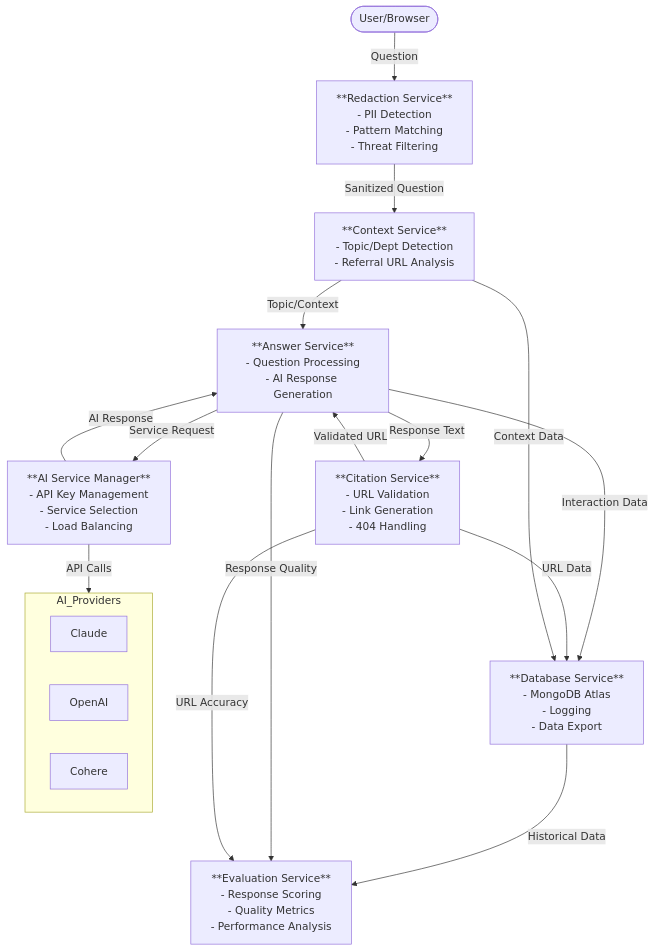
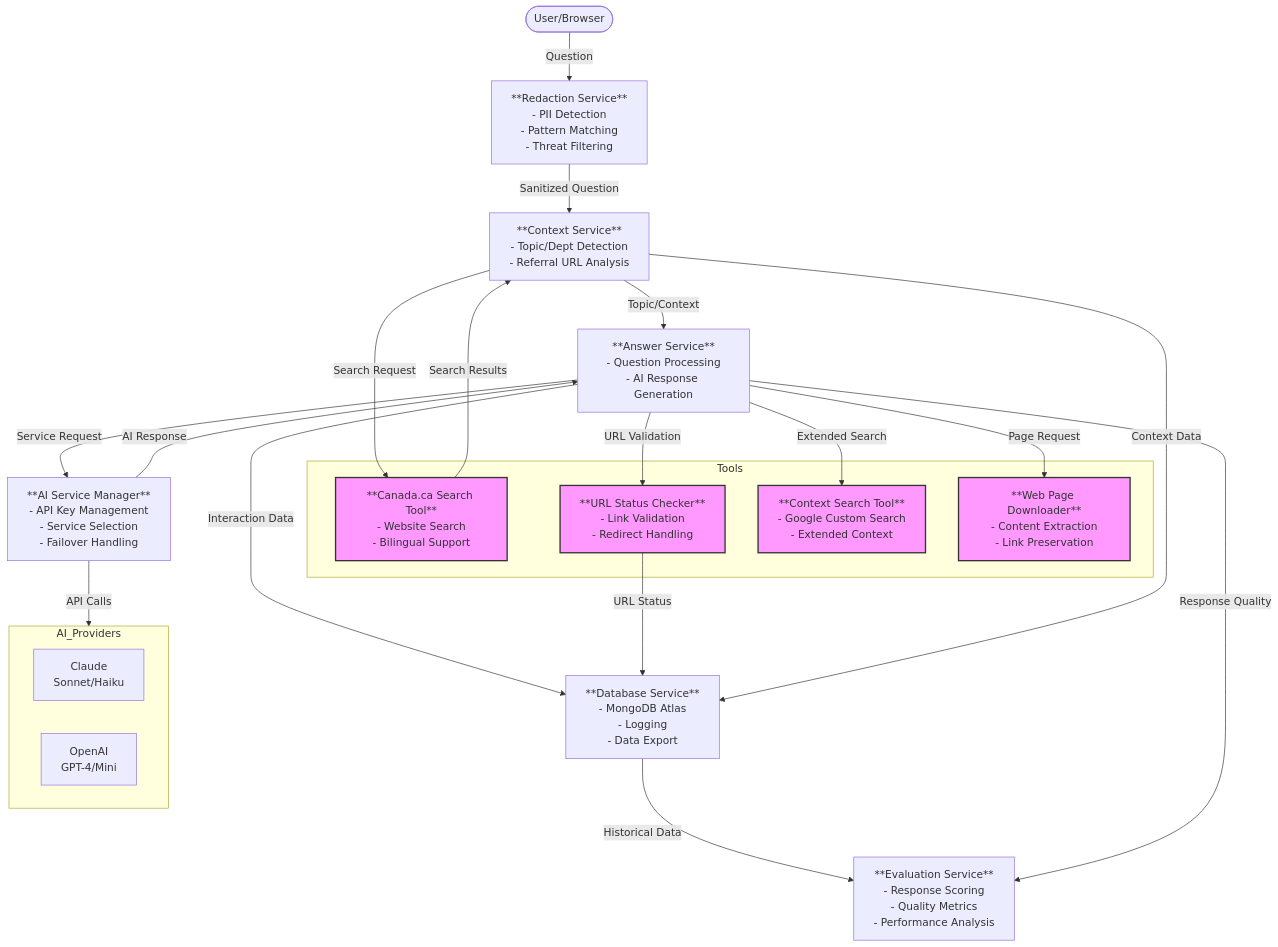
Before and after one commit to ryanhyma/react-answers: the diagram in README.md, drawn with Mermaid. The commit also changed other lines of this file, not shown here.

First line of the commit message:
update readme to reflect tools

````diff
--- a/README.md
+++ b/README.md
@@ -171,35 +165,48 @@
 ```mermaid
 flowchart TB
     User(["User/Browser"])
     Redaction["**Redaction Service**<br>- PII Detection<br>- Pattern Matching<br>- Threat Filtering"]
     Context["**Context Service**<br>- Topic/Dept Detection<br>- Referral URL Analysis"]
     Answer["**Answer Service**<br>- Question Processing<br>- AI Response Generation"]
-    AIManager["**AI Service Manager**<br>- API Key Management<br>- Service Selection<br>- Load Balancing"]
-    Citation["**Citation Service**<br>- URL Validation<br>- Link Generation<br>- 404 Handling"]
+    AIManager["**AI Service Manager**<br>- API Key Management<br>- Service Selection<br>- Failover Handling"]
     DB["**Database Service**<br>- MongoDB Atlas<br>- Logging<br>- Data Export"]
     Eval["**Evaluation Service**<br>- Response Scoring<br>- Quality Metrics<br>- Performance Analysis"]
 
+    subgraph Tools
+        SearchTool["**Canada.ca Search Tool**<br>- Website Search<br>- Bilingual Support"]
+        URLChecker["**URL Status Checker**<br>- Link Validation<br>- Redirect Handling"]
+        ContextSearch["**Context Search Tool**<br>- Google Custom Search<br>- Extended Context"]
+        PageDownloader["**Web Page Downloader**<br>- Content Extraction<br>- Link Preservation"]
+    end
+    
     User -->|Question| Redaction
     Redaction -->|Sanitized Question| Context
+    
+    Context -->|Search Request| SearchTool
+    SearchTool -->|Search Results| Context
     Context -->|Topic/Context| Answer
+    
     Answer -->|Service Request| AIManager
+    Answer -->|URL Validation| URLChecker
+    Answer -->|Page Request| PageDownloader
+    Answer -->|Extended Search| ContextSearch
+    
     AIManager -->|AI Response| Answer
-    Answer -->|Response Text| Citation
-    Citation -->|Validated URL| Answer
     
     Answer -->|Interaction Data| DB
-    Citation -->|URL Data| DB
+    URLChecker -->|URL Status| DB
     Context -->|Context Data| DB
     
     DB -->|Historical Data| Eval
     Answer -->|Response Quality| Eval
-    Citation -->|URL Accuracy| Eval
     
     subgraph AI_Providers
-        Claude["Claude"]
-        GPT["OpenAI"]
-        Cohere["Cohere"]
+        Claude["Claude<br>Sonnet/Haiku"]
+        GPT["OpenAI<br>GPT-4/Mini"]
     end
     
     AIManager -->|API Calls| AI_Providers
+
+    classDef toolbox fill:#f9f,stroke:#333,stroke-width:2px
+    class SearchTool,URLChecker,ContextSearch,PageDownloader toolbox
 ```
````
